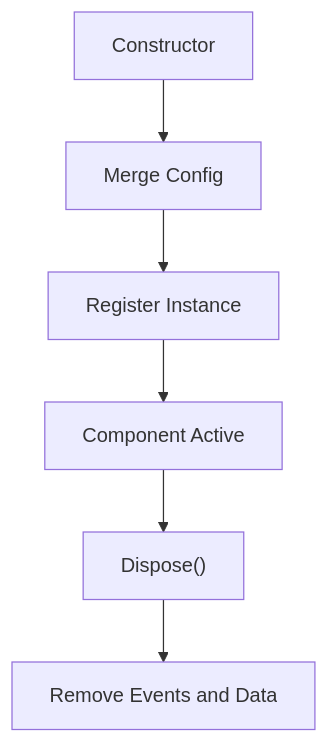
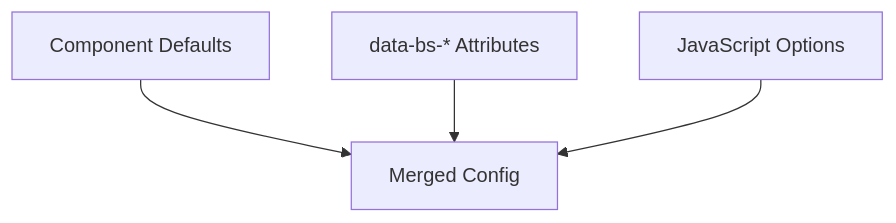
One commit to Ylianst/MeshCentral changed the third of 8 diagrams in docs/reference/architecture/bootstrap-components/bootstrap-components.md. Above: the diagram before and after it, drawn with Mermaid. The commit also changed other lines of this file and 642 other files, not shown here.

````diff
--- a/docs/reference/architecture/bootstrap-components/bootstrap-components.md
+++ b/docs/reference/architecture/bootstrap-components/bootstrap-components.md
@@ -111,8 +115,6 @@
 ```mermaid
 flowchart TD
-    Init["Constructor"] --> Merge["Merge Config"]
-    Merge --> Register["Register Instance"]
-    Register --> Active["Component Active"]
-    Active --> Dispose["Dispose()"]
-    Dispose --> Cleanup["Remove Events and Data"]
+    A["Component Defaults"] --> D["Merged Config"]
+    B["data-bs-* Attributes"] --> D
+    C["JavaScript Options"] --> D
 ```
````
